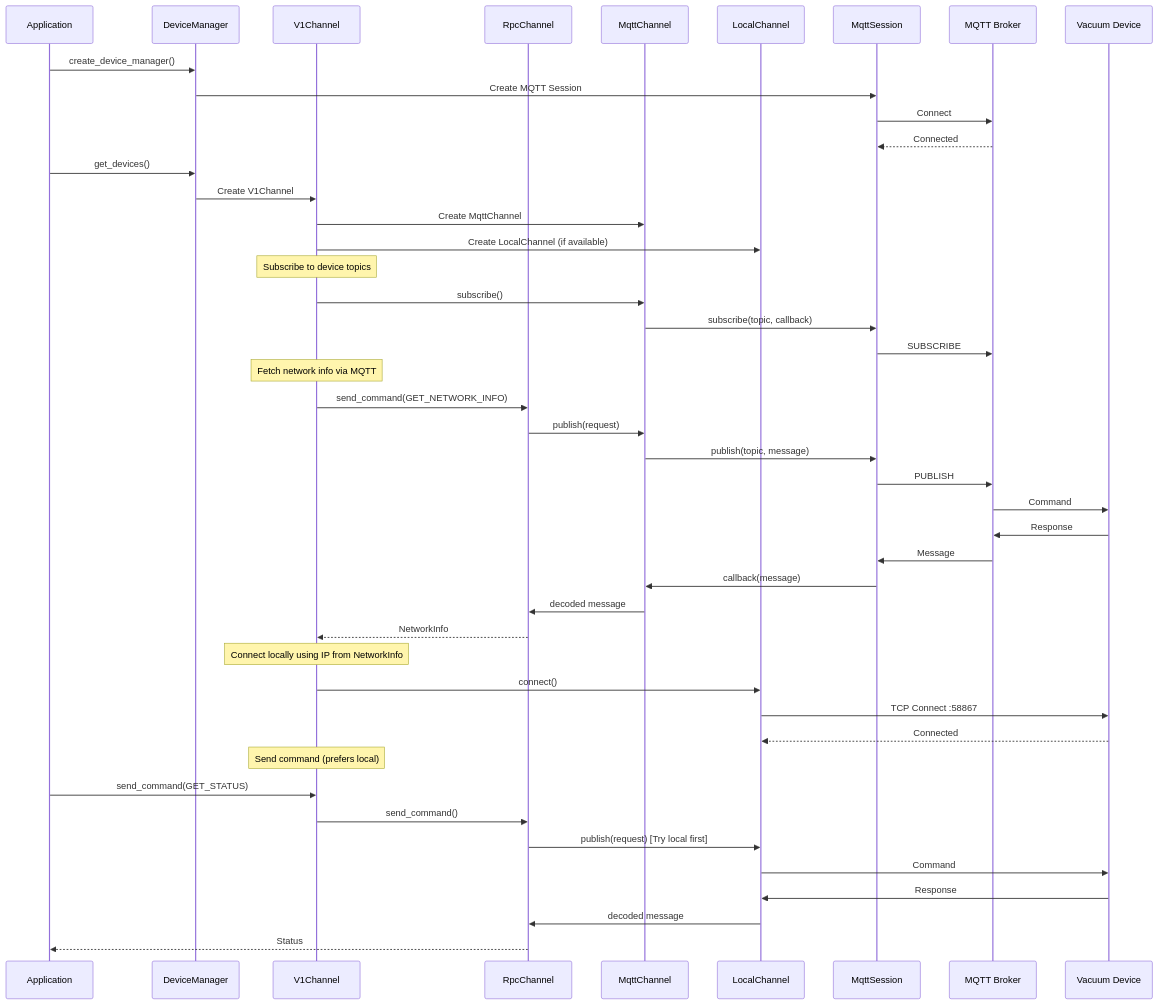
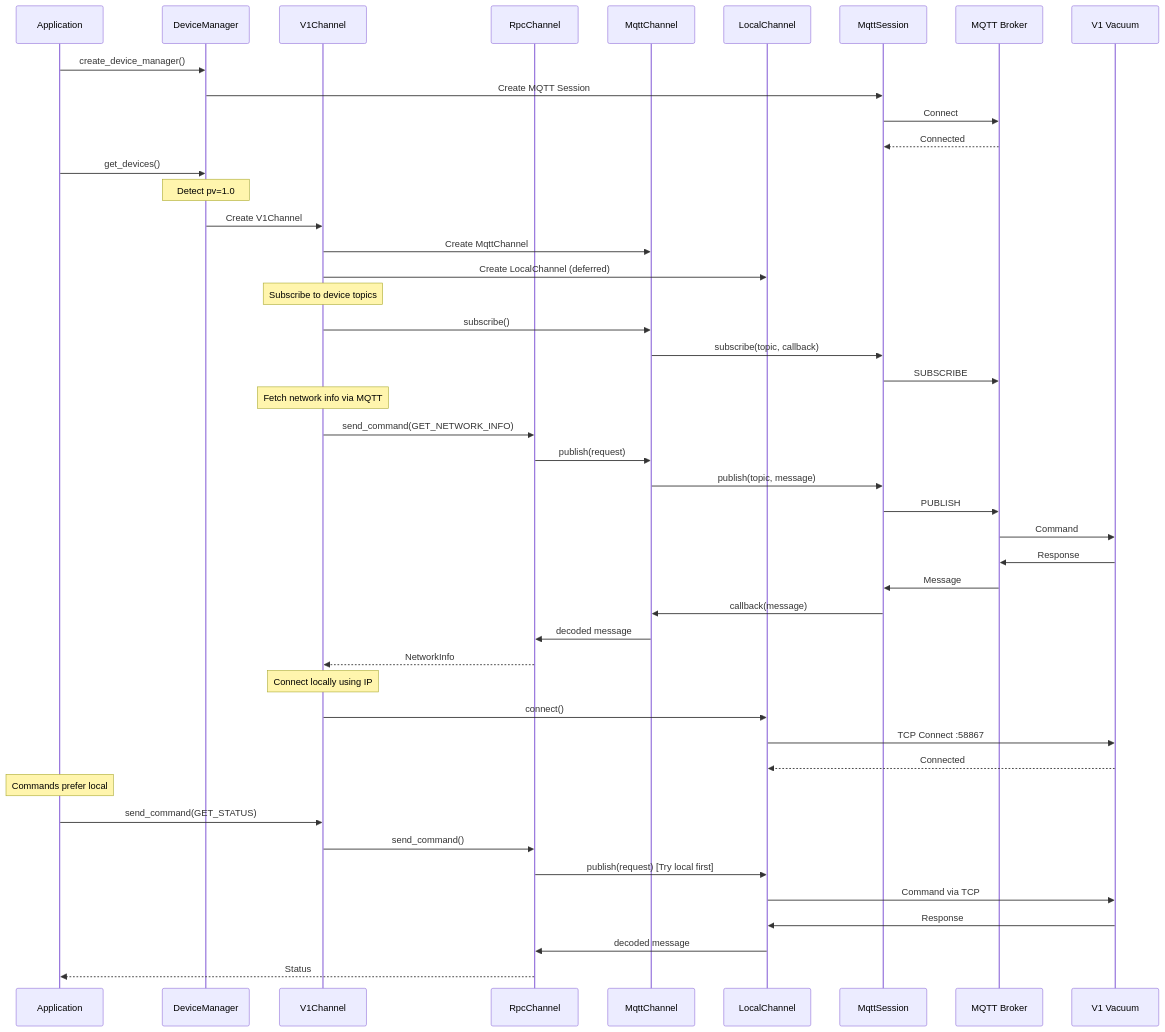
Before and after one commit to Python-roborock/python-roborock: the second of 5 diagrams in roborock/devices/README.md, drawn with Mermaid. The commit also changed other lines of this file, not shown here.

Commit message:
chore: update device traits by protocol

````diff
--- a/roborock/devices/README.md
+++ b/roborock/devices/README.md
@@ -121,53 +167,54 @@
 ```mermaid
 sequenceDiagram
     participant App as Application
     participant DM as DeviceManager
     participant V1C as V1Channel
     participant RPC as RpcChannel
     participant MC as MqttChannel
     participant LC as LocalChannel
     participant MS as MqttSession
     participant Broker as MQTT Broker
-    participant Device as Vacuum Device
+    participant Device as V1 Vacuum
 
     App->>DM: create_device_manager()
     DM->>MS: Create MQTT Session
     MS->>Broker: Connect
     Broker-->>MS: Connected
 
     App->>DM: get_devices()
+    Note over DM: Detect pv=1.0
     DM->>V1C: Create V1Channel
     V1C->>MC: Create MqttChannel
-    V1C->>LC: Create LocalChannel (if available)
+    V1C->>LC: Create LocalChannel (deferred)
 
     Note over V1C: Subscribe to device topics
     V1C->>MC: subscribe()
     MC->>MS: subscribe(topic, callback)
     MS->>Broker: SUBSCRIBE
 
     Note over V1C: Fetch network info via MQTT
     V1C->>RPC: send_command(GET_NETWORK_INFO)
     RPC->>MC: publish(request)
     MC->>MS: publish(topic, message)
     MS->>Broker: PUBLISH
     Broker->>Device: Command
     Device->>Broker: Response
     Broker->>MS: Message
     MS->>MC: callback(message)
     MC->>RPC: decoded message
     RPC-->>V1C: NetworkInfo
 
-    Note over V1C: Connect locally using IP from NetworkInfo
+    Note over V1C: Connect locally using IP
     V1C->>LC: connect()
     LC->>Device: TCP Connect :58867
     Device-->>LC: Connected
 
-    Note over V1C: Send command (prefers local)
+    Note over App: Commands prefer local
     App->>V1C: send_command(GET_STATUS)
     V1C->>RPC: send_command()
     RPC->>LC: publish(request) [Try local first]
-    LC->>Device: Command
+    LC->>Device: Command via TCP
     Device->>LC: Response
     LC->>RPC: decoded message
     RPC-->>App: Status
 ```
````
